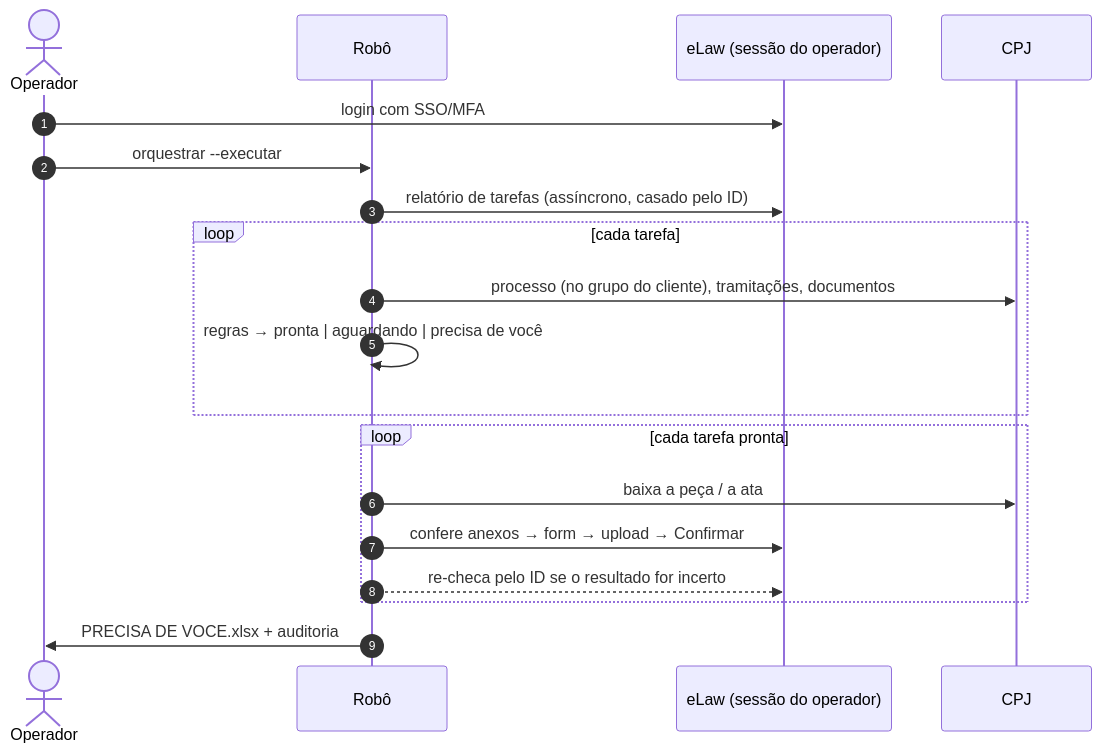
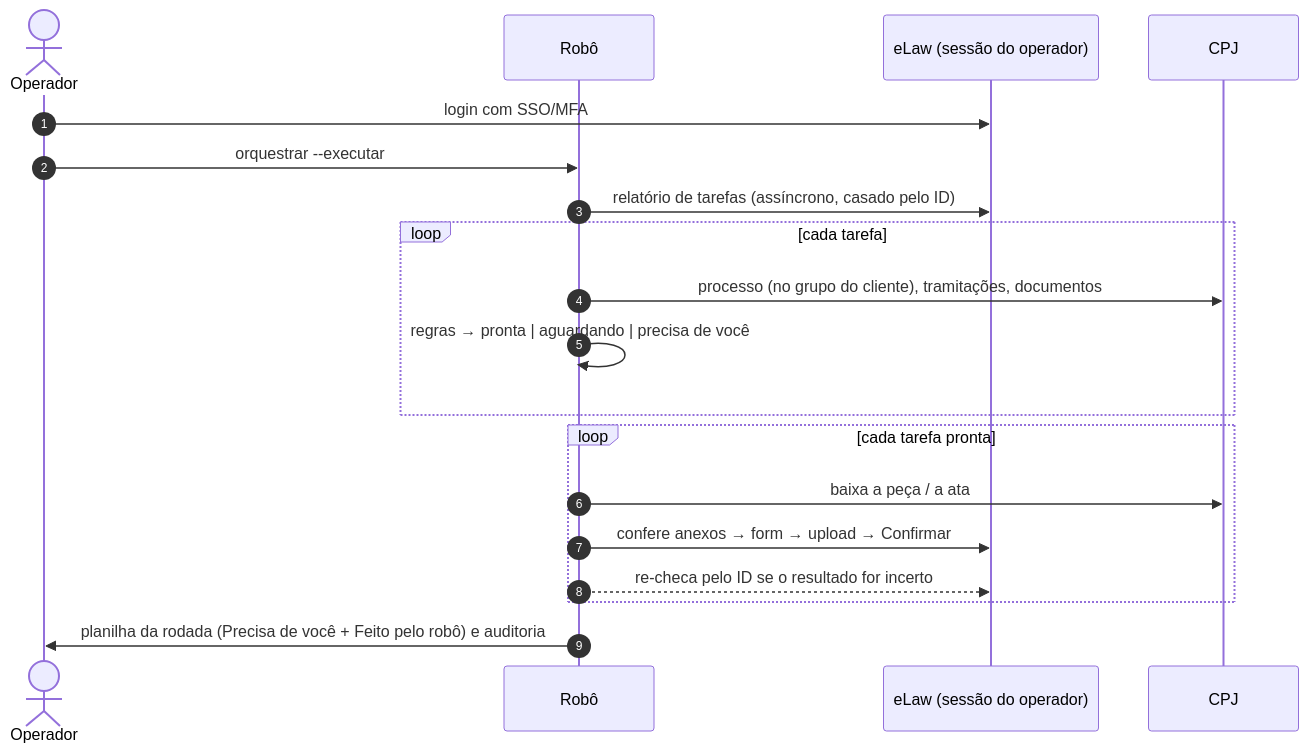
Before and after one commit to Gabwasch/rpa-contencioso-elaw: the second of 2 diagrams in README.md, drawn with Mermaid. The commit also changed other lines of this file and 1 other file, not shown here.

First line of the commit message:
Docs: planilha da rodada em duas abas e confirmação em duas perguntas

````diff
--- a/README.md
+++ b/README.md
@@ -142,21 +146,21 @@
 ```mermaid
 sequenceDiagram
     autonumber
     actor O as Operador
     participant R as Robô
     participant E as eLaw (sessão do operador)
     participant P as CPJ
     O->>E: login com SSO/MFA
     O->>R: orquestrar --executar
     R->>E: relatório de tarefas (assíncrono, casado pelo ID)
     loop cada tarefa
         R->>P: processo (no grupo do cliente), tramitações, documentos
         R->>R: regras → pronta | aguardando | precisa de você
     end
     loop cada tarefa pronta
         R->>P: baixa a peça / a ata
         R->>E: confere anexos → form → upload → Confirmar
         R-->>E: re-checa pelo ID se o resultado for incerto
     end
-    R->>O: PRECISA DE VOCE.xlsx + auditoria
+    R->>O: planilha da rodada (Precisa de você + Feito pelo robô) e auditoria
 ```
````
